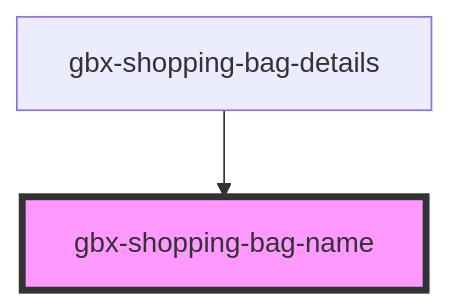
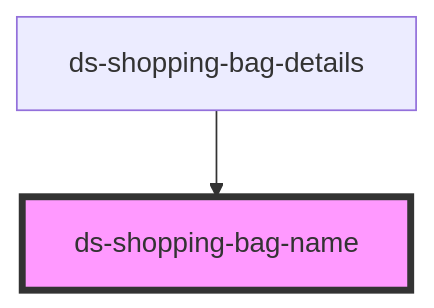
One commit to jezoock/dot-stash changed the diagram in components/advanced/shopping-bag/shopping-bag-name/readme.md. Above: the diagram before and after it, drawn with Mermaid. The commit also changed other lines of this file and 198 other files, not shown here.

````diff
--- a/components/advanced/shopping-bag/shopping-bag-name/readme.md
+++ b/components/advanced/shopping-bag/shopping-bag-name/readme.md
@@ -30,5 +30,5 @@
 ```mermaid
 graph TD;
-  gbx-shopping-bag-details --> gbx-shopping-bag-name
-  style gbx-shopping-bag-name fill:#f9f,stroke:#333,stroke-width:4px
+  ds-shopping-bag-details --> ds-shopping-bag-name
+  style ds-shopping-bag-name fill:#f9f,stroke:#333,stroke-width:4px
 ```
````
